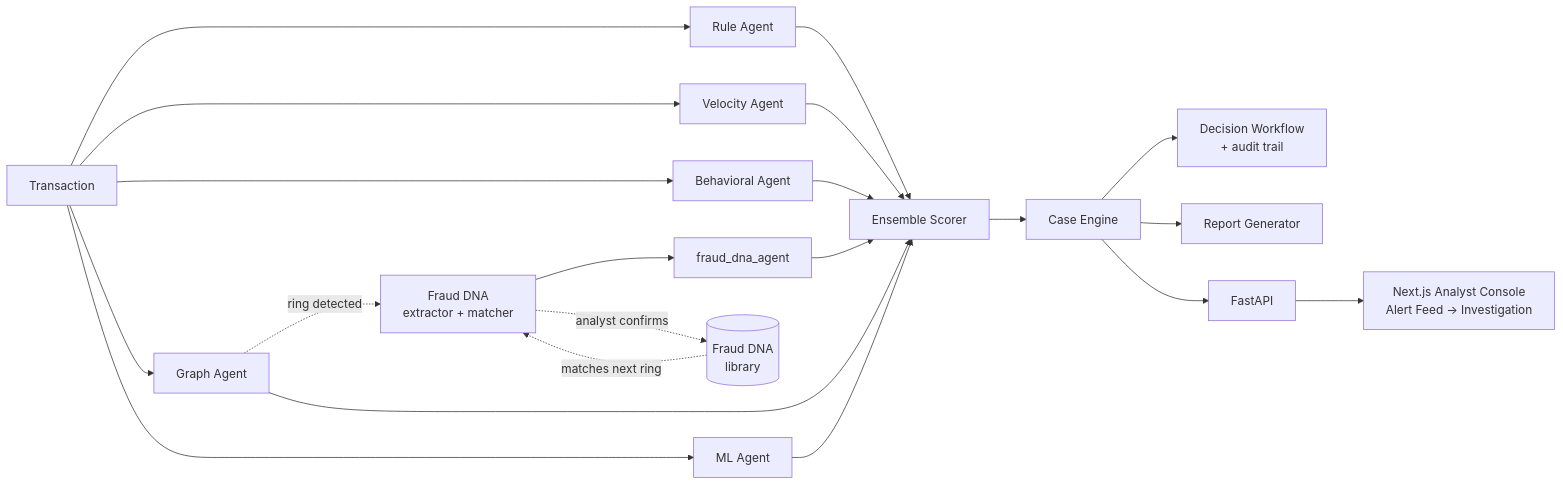
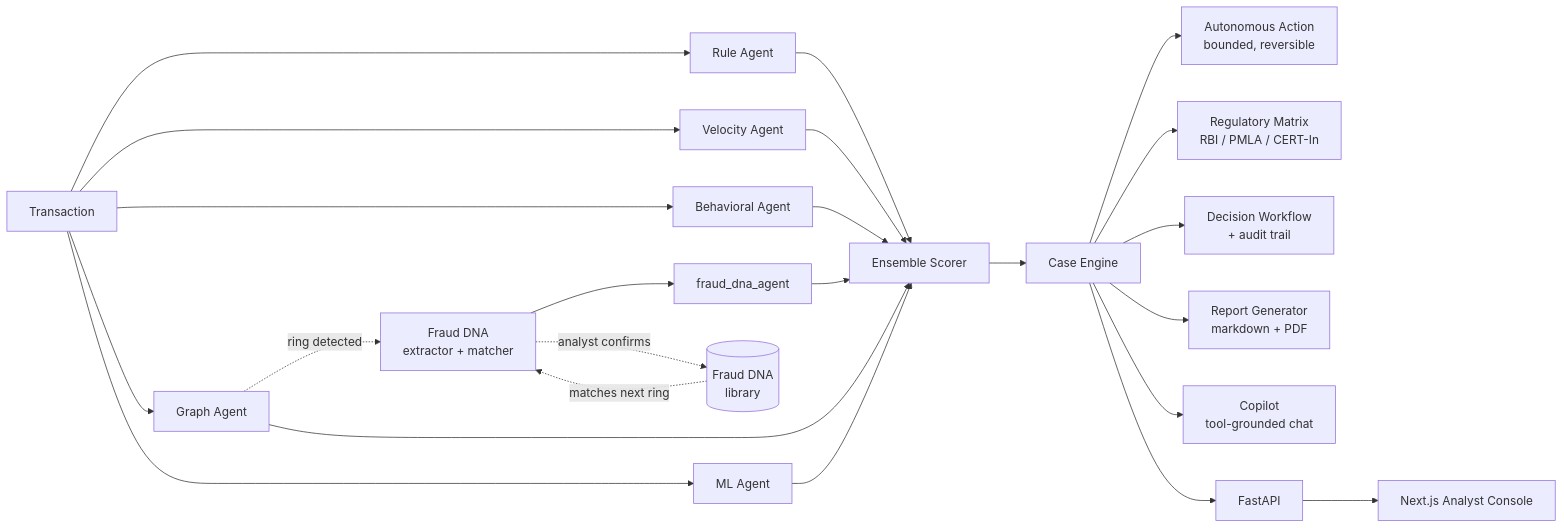
The diagram in README.md (aahil62/SHIH_TID_445_TEAM_PHOENIX), drawn with Mermaid before and after one commit. The commit also changed other lines of this file and 7 other files, not shown here.

````diff
--- a/README.md
+++ b/README.md
@@ -85,18 +118,21 @@
 ```mermaid
 flowchart LR
     T[Transaction] --> R[Rule Agent]
     T --> V[Velocity Agent]
     T --> B[Behavioral Agent]
     T --> G[Graph Agent]
     T --> M[ML Agent]
     G -.ring detected.-> D[Fraud DNA<br/>extractor + matcher]
     D --> DA[fraud_dna_agent]
     R & V & B & G & M & DA --> E[Ensemble Scorer]
     E --> C[Case Engine]
     D -.analyst confirms.-> LIB[(Fraud DNA<br/>library)]
     LIB -.matches next ring.-> D
+    C --> AA[Autonomous Action<br/>bounded, reversible]
+    C --> RM[Regulatory Matrix<br/>RBI / PMLA / CERT-In]
     C --> W[Decision Workflow<br/>+ audit trail]
-    C --> RPT[Report Generator]
+    C --> RPT[Report Generator<br/>markdown + PDF]
+    C --> CP[Copilot<br/>tool-grounded chat]
     C --> API[FastAPI]
-    API --> FE[Next.js Analyst Console<br/>Alert Feed → Investigation]
+    API --> FE[Next.js Analyst Console]
 ```
````
